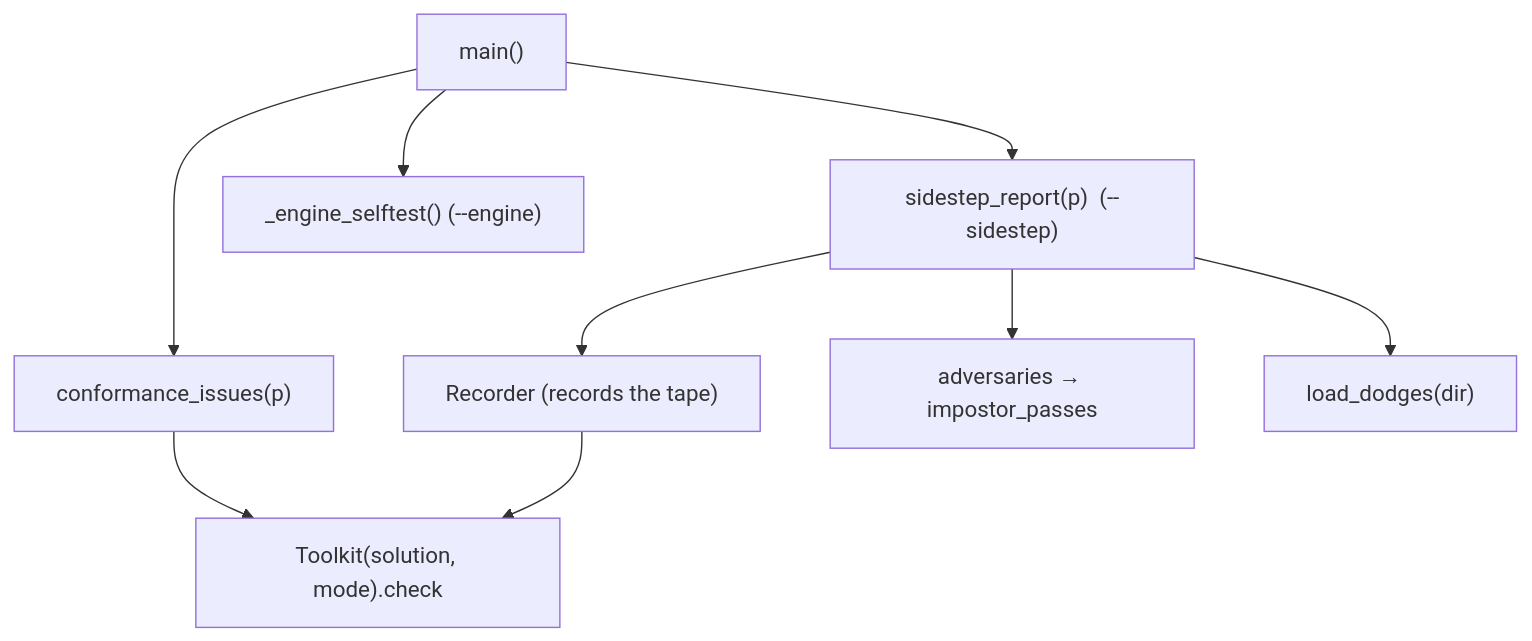
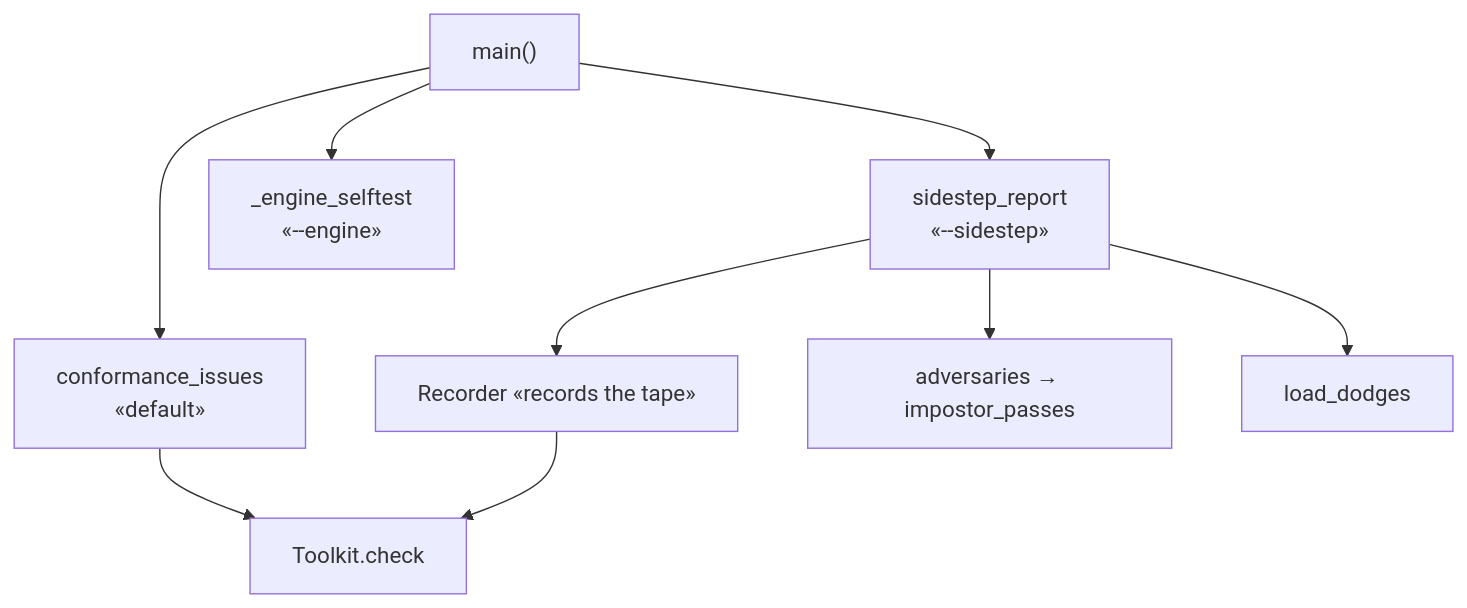
The first of 6 diagrams in docs/architecture/audit.md (N041M/PyQuest), drawn with Mermaid before and after one commit. The commit also changed other lines of this file and 5 other files, not shown here.

First line of the commit message:
Polish architecture diagrams; add puzzle-consumption view

````diff
--- a/docs/architecture/audit.md
+++ b/docs/architecture/audit.md
@@ -16,11 +16,11 @@
 ```mermaid
 flowchart TB
-    main["main()"] --> conf["conformance_issues(p)"]
-    main --> side["sidestep_report(p)  (--sidestep)"]
-    main --> eng["_engine_selftest()  (--engine)"]
-    conf --> tk["Toolkit(solution, mode).check"]
-    side --> rec["Recorder (records the tape)"]
+    main["main()"] --> conf["conformance_issues<br/>«default»"]
+    main --> side["sidestep_report<br/>«--sidestep»"]
+    main --> eng["_engine_selftest<br/>«--engine»"]
+    conf --> tk["Toolkit.check"]
+    side --> rec["Recorder «records the tape»"]
     side --> adv["adversaries → impostor_passes"]
-    side --> dod["load_dodges(dir)"]
+    side --> dod["load_dodges"]
     rec --> tk
 ```
````
